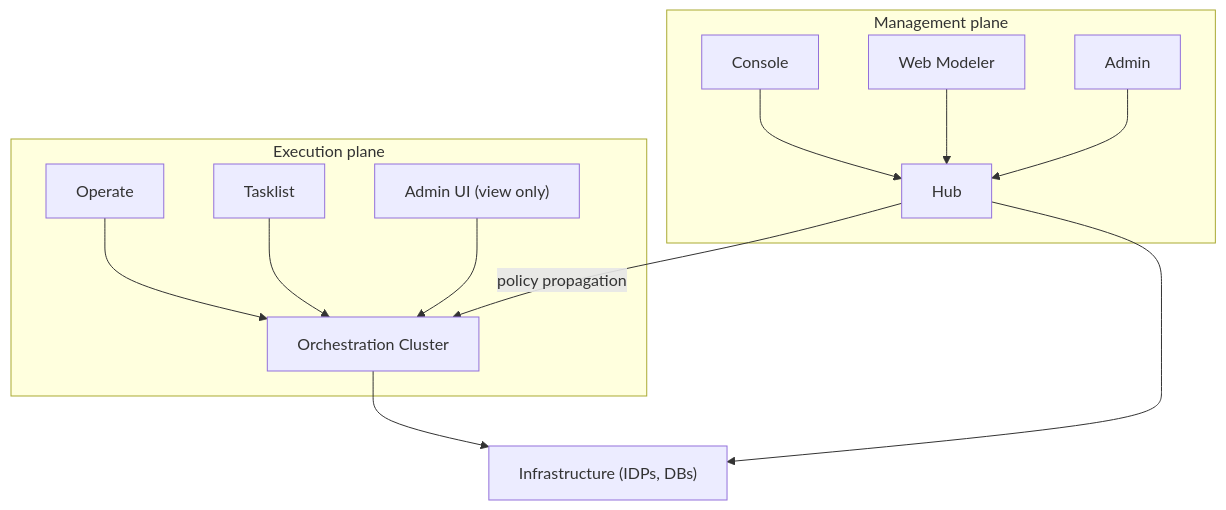
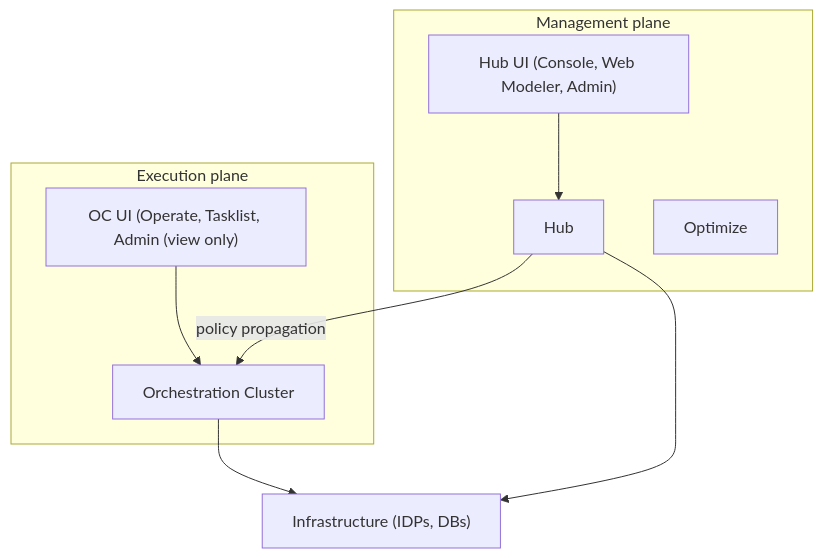
One commit to camunda/camunda-security-library changed the third of 22 diagrams in docs/architecture_docs.md. Above: the diagram before and after it, drawn with Mermaid. The commit also changed other lines of this file, not shown here.

First line of the commit message:
docs: Refined architecture doc:

````diff
--- a/docs/architecture_docs.md
+++ b/docs/architecture_docs.md
@@ -343,29 +392,25 @@
 ```mermaid
 flowchart TB
 
   subgraph Mgmt["Management plane"]
-    Console["Console"]
-    WebModeler["Web Modeler"]
-    Admin["Admin"]
-
-    Hub["Hub"]
-
-    Console & WebModeler & Admin --> Hub
+    HubUi["Hub UI (Console, Web Modeler, Admin)"] 
+    Hub["Hub"] 
+    
+    HubUi --> Hub
+    Optimize["Optimize"]
   end
 
   subgraph Execution["Execution plane"]
-    Operate["Operate"]
-    Tasklist["Tasklist"]
-    SecGaUIExec["Admin UI (view only)"]
+    OcUi["OC UI (Operate, Tasklist, Admin (view only)"]
 
     OC["Orchestration Cluster"]
 
-    Operate & Tasklist & SecGaUIExec --> OC
+    OcUi --> OC
   end
 
   Infra["Infrastructure (IDPs, DBs)"]
 
   Hub -->|"policy propagation"| OC
   OC --> Infra
   Hub --> Infra
 ```
````
